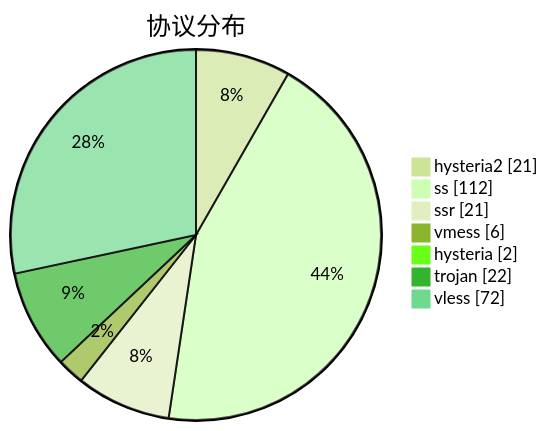
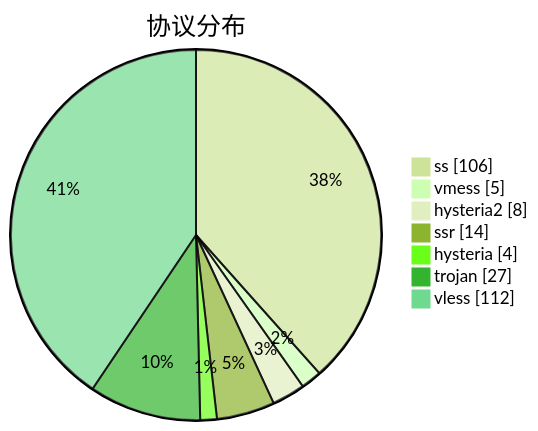
One commit to sinspired/airport changed the third of 3 diagrams in subs/statistics/tested_within.md. Above: the diagram before and after it, drawn with Mermaid (forest theme). The commit also changed other lines of this file and 2 other files, not shown here.

````diff
--- a/subs/statistics/tested_within.md
+++ b/subs/statistics/tested_within.md
@@ -43,11 +41,11 @@
 ```mermaid
 pie showData
 title 协议分布
-"hysteria2" : 21
-"ss" : 112
-"ssr" : 21
-"vmess" : 6
-"hysteria" : 2
-"trojan" : 22
-"vless" : 72
+"ss" : 106
+"vmess" : 5
+"hysteria2" : 8
+"ssr" : 14
+"hysteria" : 4
+"trojan" : 27
+"vless" : 112
 ```
````
